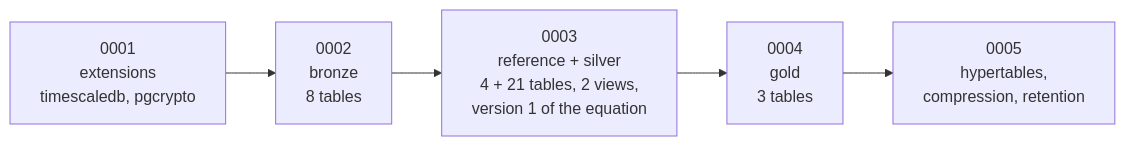
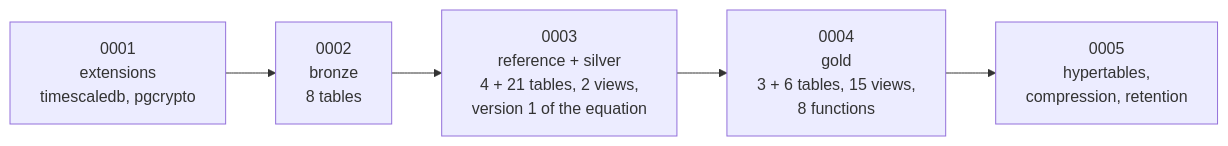
The tenth of 11 diagrams in docs/database_overview.md (juanpablocarrillohortua/clarios_app), drawn with Mermaid before and after one commit. The commit also changed other lines of this file and 32 other files, not shown here.

````diff
--- a/docs/database_overview.md
+++ b/docs/database_overview.md
@@ -652,9 +727,9 @@
 ```mermaid
 flowchart LR
     m1["0001<br/>extensions<br/>timescaledb, pgcrypto"]
     m2["0002<br/>bronze<br/>8 tables"]
     m3["0003<br/>reference + silver<br/>4 + 21 tables, 2 views,<br/>version 1 of the equation"]
-    m4["0004<br/>gold<br/>3 tables"]
+    m4["0004<br/>gold<br/>3 + 6 tables, 15 views,<br/>8 functions"]
     m5["0005<br/>hypertables,<br/>compression, retention"]
     m1 --> m2 --> m3 --> m4 --> m5
 ```
````
